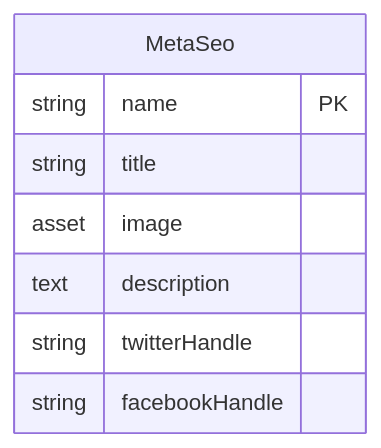
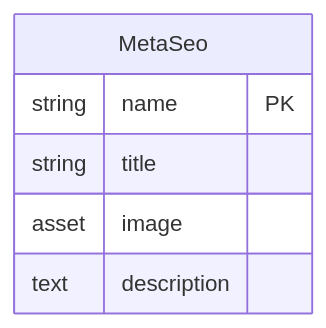
One commit to brendanpowershifter/erd-docs changed the diagram in common-erd-tables.md. Above: the diagram before and after it, drawn with Mermaid.

Commit message:
test action

````diff
--- a/common-erd-tables.md
+++ b/common-erd-tables.md
@@ -1,11 +1,9 @@
 ```mermaid
 erDiagram
  MetaSeo {
     string name PK
     string title
     asset image
     text description
-    string twitterHandle
-    string facebookHandle
   }
 ```
````
